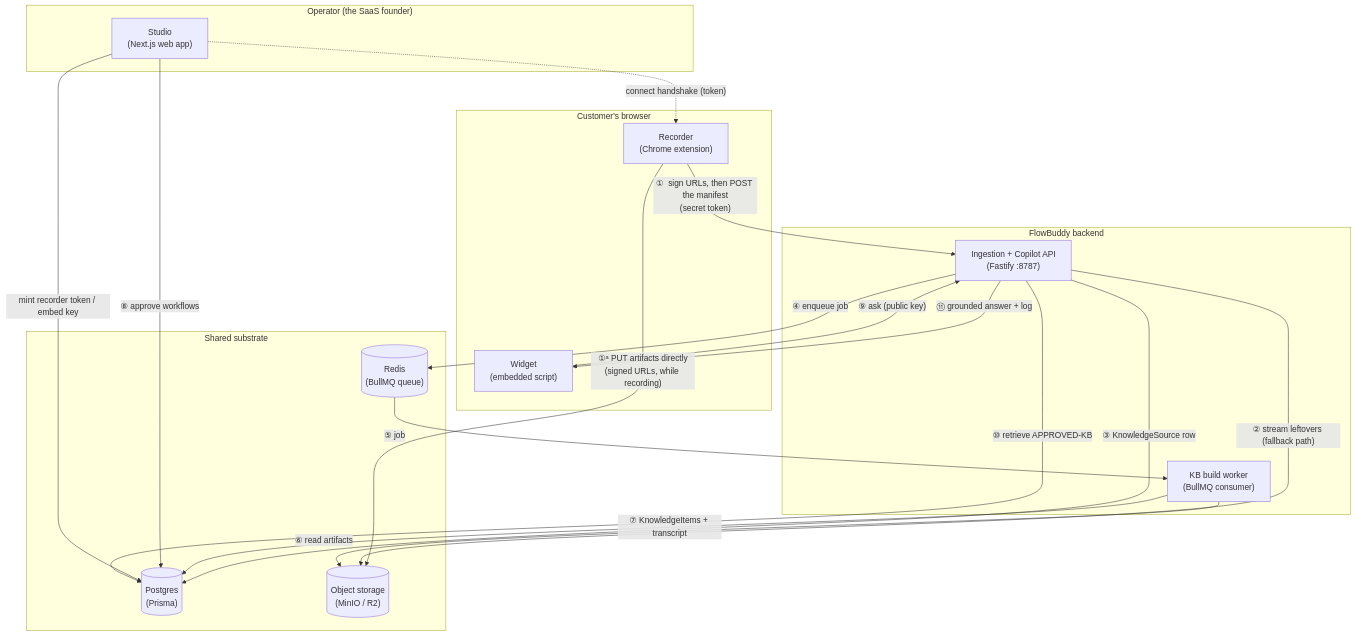
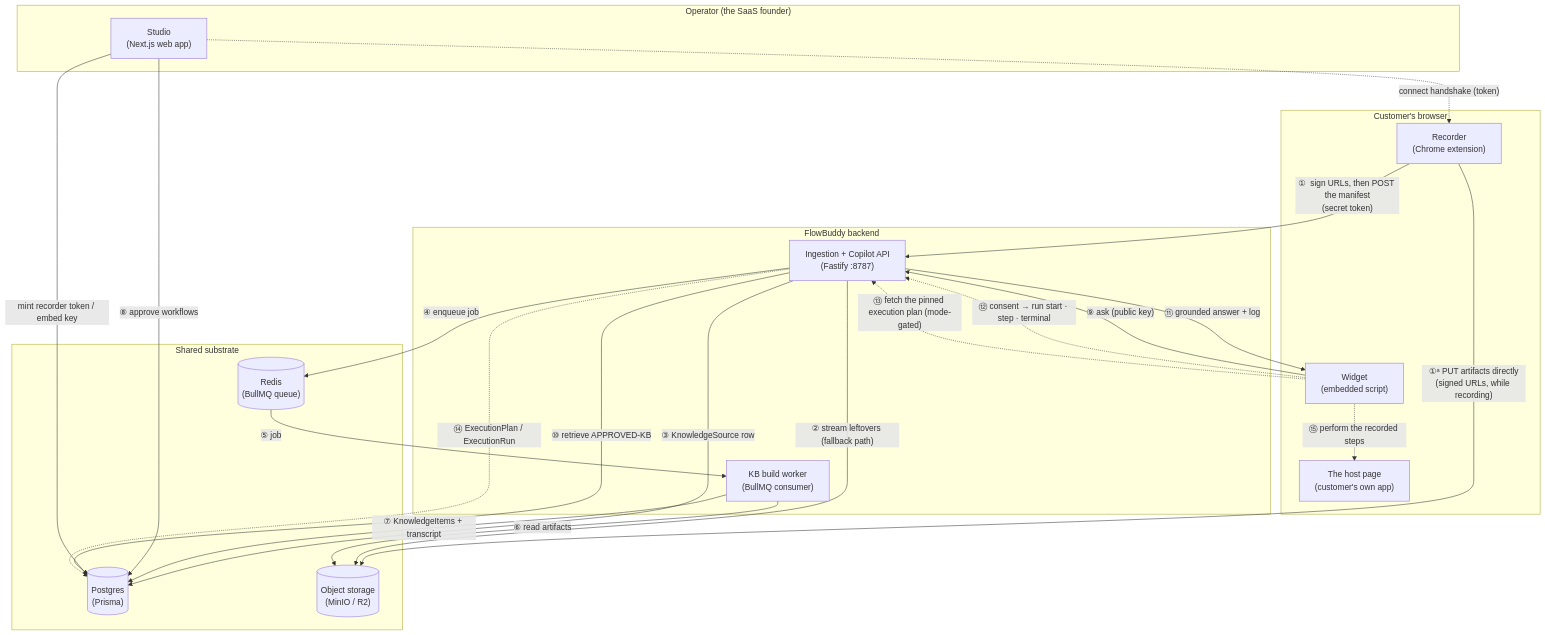
One commit to himanshu3553/flowbuddy changed the diagram in docs/internals/README.md. Above: the diagram before and after it, drawn with Mermaid. The commit also changed other lines of this file and 50 other files, not shown here.

````diff
--- a/docs/internals/README.md
+++ b/docs/internals/README.md
@@ -46,38 +46,43 @@
 ```mermaid
 flowchart TB
     subgraph browser["Customer's browser"]
         REC["Recorder<br/>(Chrome extension)"]
         WID["Widget<br/>(embedded script)"]
+        PAGE["The host page<br/>(customer's own app)"]
     end
 
     subgraph operator["Operator (the SaaS founder)"]
         STU["Studio<br/>(Next.js web app)"]
     end
 
     subgraph backend["FlowBuddy backend"]
         API["Ingestion + Copilot API<br/>(Fastify :8787)"]
         WRK["KB build worker<br/>(BullMQ consumer)"]
     end
 
     subgraph data["Shared substrate"]
         PG[("Postgres<br/>(Prisma)")]
         OBJ[("Object storage<br/>(MinIO / R2)")]
         RDS[("Redis<br/>(BullMQ queue)")]
     end
 
     REC -- "①  sign URLs, then POST the manifest<br/>(secret token)" --> API
     REC -- "①ᵃ PUT artifacts directly<br/>(signed URLs, while recording)" --> OBJ
     API -- "② stream leftovers (fallback path)" --> OBJ
     API -- "③ KnowledgeSource row" --> PG
     API -- "④ enqueue job" --> RDS
     RDS -- "⑤ job" --> WRK
     WRK -- "⑥ read artifacts" --> OBJ
     WRK -- "⑦ KnowledgeItems + transcript" --> PG
     STU -- "⑧ approve workflows" --> PG
     STU -- "mint recorder token / embed key" --> PG
     WID -- "⑨ ask (public key)" --> API
     API -- "⑩ retrieve APPROVED-KB" --> PG
     API -- "⑪ grounded answer + log" --> WID
+    WID -. "⑫ consent → run start · step · terminal" .-> API
+    WID -. "⑬ fetch the pinned execution plan (mode-gated)" .-> API
+    API -. "⑭ ExecutionPlan / ExecutionRun" .-> PG
+    WID -. "⑮ perform the recorded steps" .-> PAGE
 
     STU -. "connect handshake (token)" .-> REC
 ```
````
